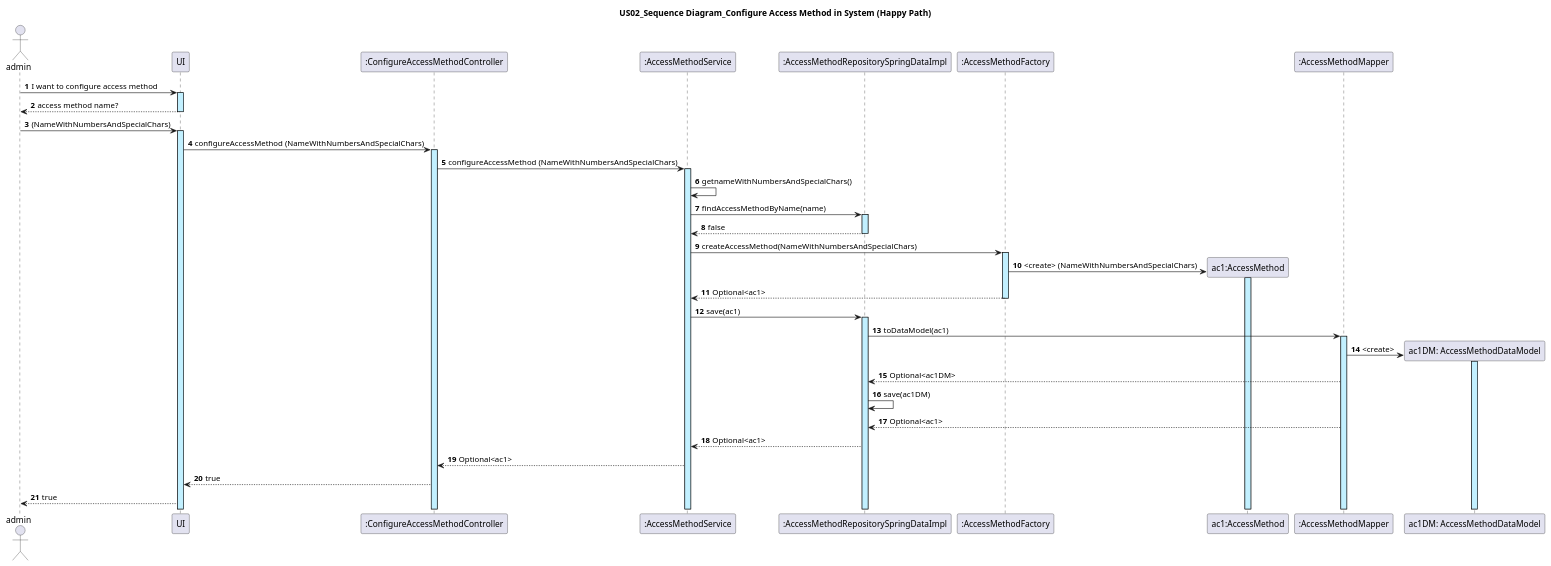
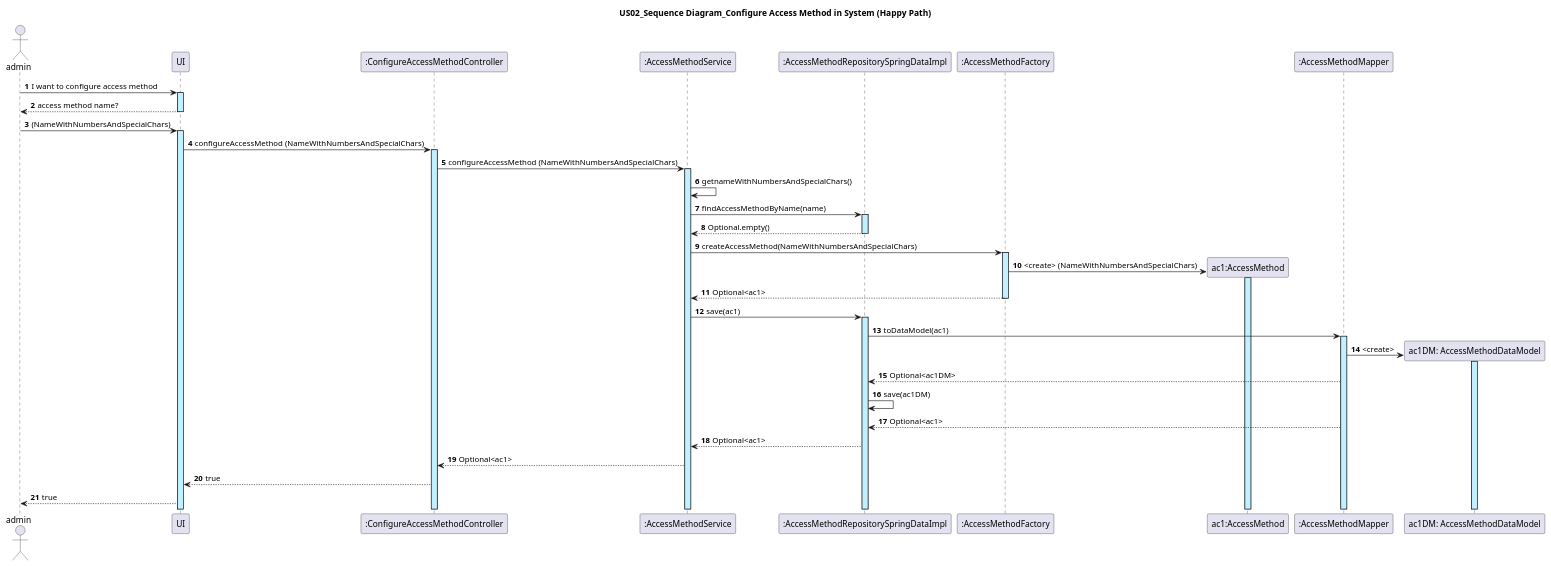
Before and after one commit to GasparISEP/DevOps-PAI: the diagram in docs/US02/US02_ConfigureAccessMethod_JPA_SequenceDiagram.puml, drawn with PlantUML.

Commit message:
refactor:Change return of method findAccessMethodByName. refs #299

```diff
--- a/docs/US02/US02_ConfigureAccessMethod_JPA_SequenceDiagram.puml
+++ b/docs/US02/US02_ConfigureAccessMethod_JPA_SequenceDiagram.puml
@@ -1,32 +1,32 @@
 @startuml
 actor admin
 autonumber
 
 title: US02_Sequence Diagram_Configure Access Method in System (Happy Path)
 
 admin -> UI ++ #application : I want to configure access method
 UI --> admin -- : access method name?
 admin -> UI ++ #application :(NameWithNumbersAndSpecialChars)
     UI -> ":ConfigureAccessMethodController" as ConfigureAccessMethodController ++ #application : configureAccessMethod (NameWithNumbersAndSpecialChars)
 
 
 ConfigureAccessMethodController -> ":AccessMethodService" ++ #application : configureAccessMethod (NameWithNumbersAndSpecialChars)
 ":AccessMethodService" -> ":AccessMethodService": getnameWithNumbersAndSpecialChars()
 ":AccessMethodService" -> ":AccessMethodRepositorySpringDataImpl" ++ #application:  findAccessMethodByName(name)
-":AccessMethodRepositorySpringDataImpl" --> ":AccessMethodService" -- #application: false
+":AccessMethodRepositorySpringDataImpl" --> ":AccessMethodService" -- #application: Optional.empty()
 ":AccessMethodService" -> ":AccessMethodFactory" as AccessMethodFactory ++ #application: createAccessMethod(NameWithNumbersAndSpecialChars)
 create "ac1:AccessMethod" as AccessMethod
 AccessMethodFactory -> AccessMethod  ++ #application  : <create> (NameWithNumbersAndSpecialChars)
 AccessMethodFactory --> ":AccessMethodService" -- : Optional<ac1>
 ":AccessMethodService" -> ":AccessMethodRepositorySpringDataImpl" ++ #application: save(ac1)
 ":AccessMethodRepositorySpringDataImpl" -> ":AccessMethodMapper" ++ #application: toDataModel(ac1)
 create "ac1DM: AccessMethodDataModel" as AccessMethodDataModel
 ":AccessMethodMapper" -> AccessMethodDataModel ++ #application: <create>
 ":AccessMethodMapper" --> ":AccessMethodRepositorySpringDataImpl": Optional<ac1DM>
 ":AccessMethodRepositorySpringDataImpl" -> ":AccessMethodRepositorySpringDataImpl": save(ac1DM)
 ":AccessMethodMapper" --> ":AccessMethodRepositorySpringDataImpl": Optional<ac1>
 ":AccessMethodRepositorySpringDataImpl" --> ":AccessMethodService": Optional<ac1>
 ":AccessMethodService" --> ConfigureAccessMethodController: Optional<ac1>
 ConfigureAccessMethodController --> UI: true
 UI --> admin: true
 @enduml
```
